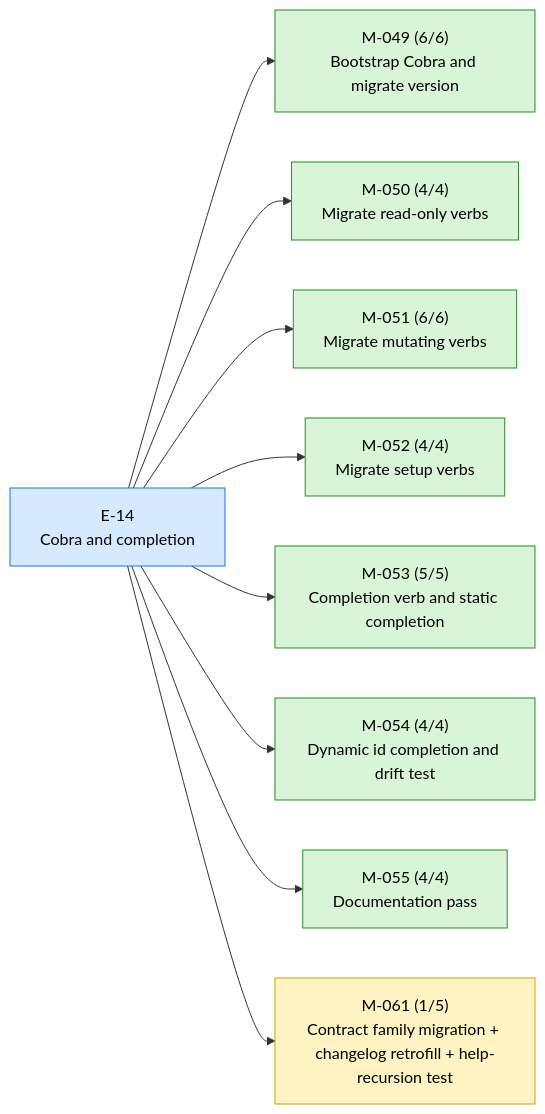
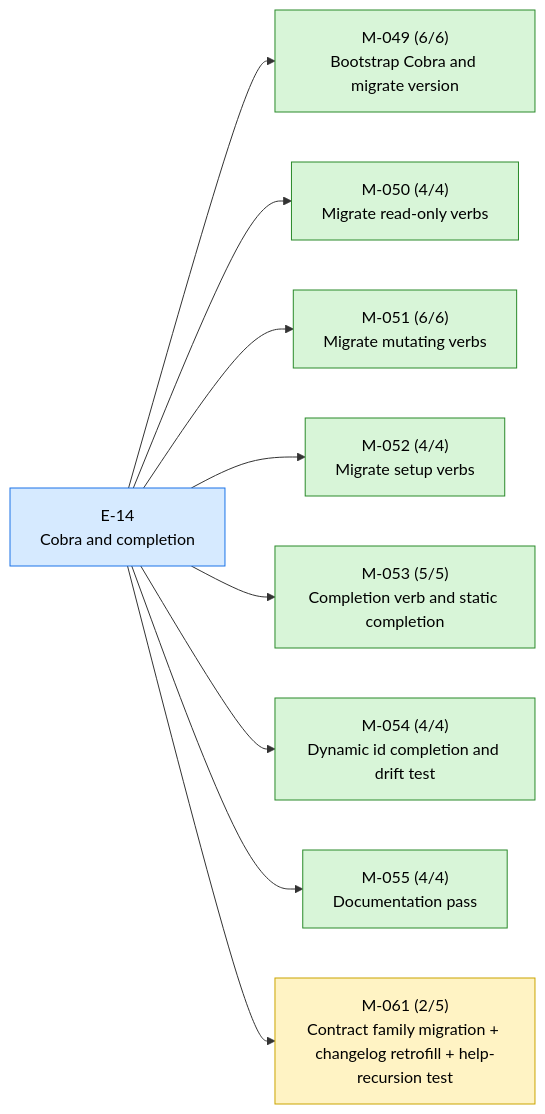
One commit to 23min/aiwf changed the first of 2 diagrams in STATUS.md. Above: the diagram before and after it, drawn with Mermaid. The commit also changed other lines of this file and 1 other file, not shown here.

````diff
--- a/STATUS.md
+++ b/STATUS.md
@@ -18,26 +18,26 @@
 ```mermaid
 flowchart LR
   E_14["E-14<br/>Cobra and completion"]:::epic_active
   M_049["M-049 (6/6)<br/>Bootstrap Cobra and migrate version"]:::ms_done
   E_14 --> M_049
   M_050["M-050 (4/4)<br/>Migrate read-only verbs"]:::ms_done
   E_14 --> M_050
   M_051["M-051 (6/6)<br/>Migrate mutating verbs"]:::ms_done
   E_14 --> M_051
   M_052["M-052 (4/4)<br/>Migrate setup verbs"]:::ms_done
   E_14 --> M_052
   M_053["M-053 (5/5)<br/>Completion verb and static completion"]:::ms_done
   E_14 --> M_053
   M_054["M-054 (4/4)<br/>Dynamic id completion and drift test"]:::ms_done
   E_14 --> M_054
   M_055["M-055 (4/4)<br/>Documentation pass"]:::ms_done
   E_14 --> M_055
-  M_061["M-061 (1/5)<br/>Contract family migration + changelog retrofill + help-recursion test"]:::ms_in_progress
+  M_061["M-061 (2/5)<br/>Contract family migration + changelog retrofill + help-recursion test"]:::ms_in_progress
   E_14 --> M_061
   classDef epic_active fill:#d6eaff,stroke:#1a73e8,color:#000
   classDef epic_proposed fill:#f4f4f4,stroke:#888,color:#000
   classDef ms_done fill:#d8f5d8,stroke:#2a8a2a,color:#000
   classDef ms_in_progress fill:#fff3c4,stroke:#caa400,color:#000
   classDef ms_draft fill:#f4f4f4,stroke:#888,color:#000
   classDef ms_cancelled fill:#fbeaea,stroke:#c33,color:#000
 ```
````
